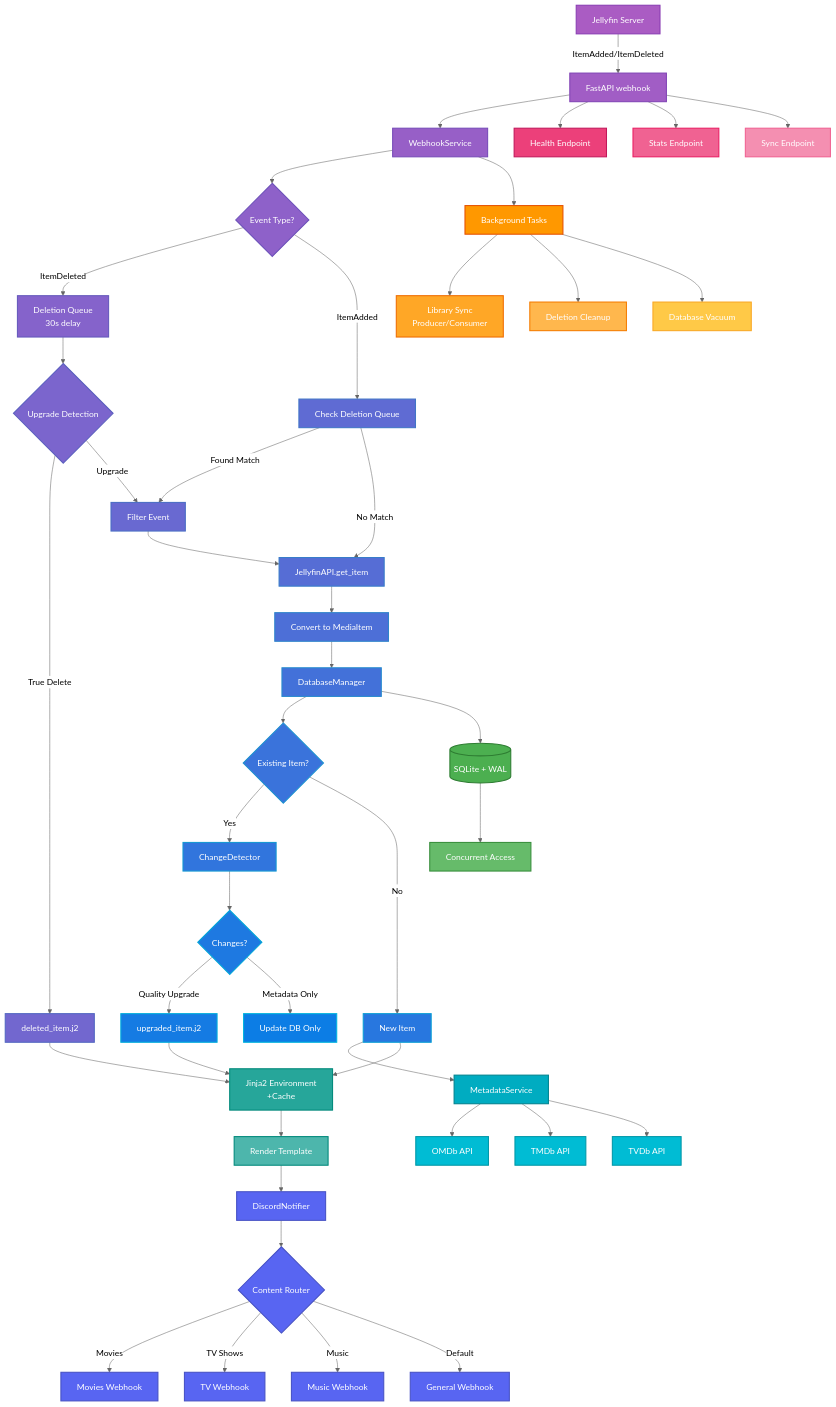
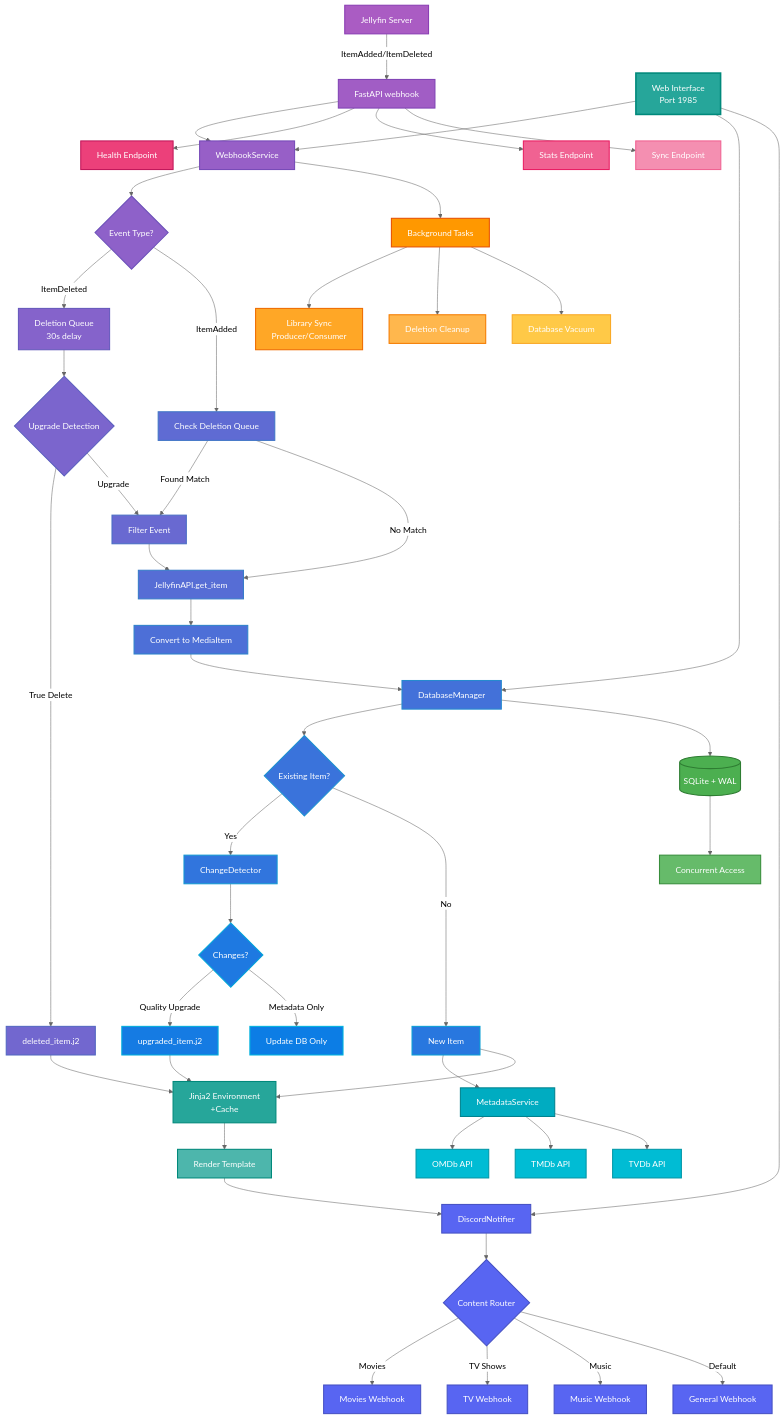
One commit to themaluxis/Jellynouncer changed the diagram in Readme.md. Above: the diagram before and after it, drawn with Mermaid (neutral theme). The commit also changed other lines of this file and 33 other files, not shown here.

First line of the commit message:
feat: Initial web interface upload and dev

```diff
--- a/Readme.md
+++ b/Readme.md
@@ -335,6 +517,11 @@
     Z -->|Music| AC[Music Webhook]
     Z -->|Default| AD[General Webhook]
     
+    %% Web Interface
+    WEB[Web Interface<br/>Port 1985] --> C
+    WEB --> L
+    WEB --> Y
+    
     %% Database Layer
     L --> AE[(SQLite + WAL)]
     AE --> AF[Concurrent Access]
@@ -354,6 +541,9 @@
     style A fill:#aa5cc3,stroke:#8a3db3,stroke-width:2px,color:#fff
     style B fill:#a15dc5,stroke:#8144b5,stroke-width:2px,color:#fff
     style C fill:#975fc7,stroke:#774bb8,stroke-width:2px,color:#fff
+    
+    %% Web Interface (Teal)
+    style WEB fill:#26a69a,stroke:#00897b,stroke-width:3px,color:#fff
     
     %% Event Processing (Purple-Blue transition)
     style D fill:#8e61c9,stroke:#6e52ba,stroke-width:2px,color:#fff
```
